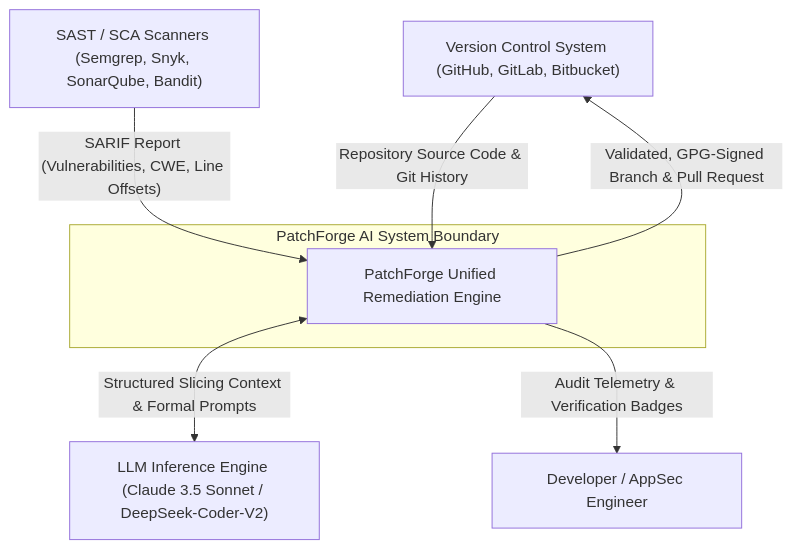
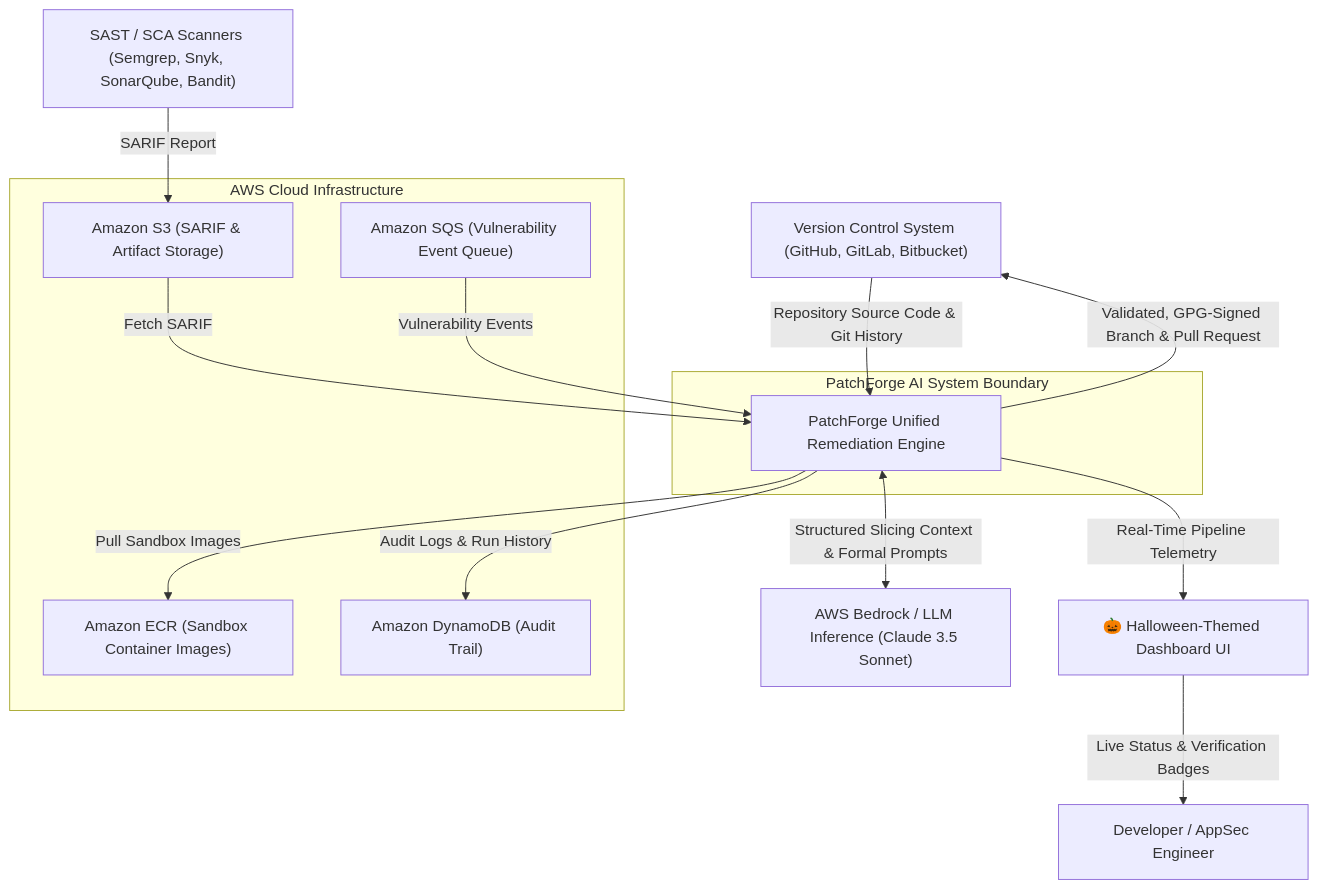
One commit to abhisheksharma56692-stack/PatchForge-AI changed the first of 5 diagrams in ARCHITECTURE.md. Above: the diagram before and after it, drawn with Mermaid. The commit also changed other lines of this file and 4 other files, not shown here.

````diff
--- a/ARCHITECTURE.md
+++ b/ARCHITECTURE.md
@@ -32,17 +34,30 @@
 ```mermaid
 flowchart TD
     UserDev["Developer / AppSec Engineer"]
     VCS["Version Control System (GitHub, GitLab, Bitbucket)"]
     Scanner["SAST / SCA Scanners (Semgrep, Snyk, SonarQube, Bandit)"]
-    LLMCluster["LLM Inference Engine (Claude 3.5 Sonnet / DeepSeek-Coder-V2)"]
+    LLMCluster["AWS Bedrock / LLM Inference (Claude 3.5 Sonnet)"]
+    Dashboard["🎃 Halloween-Themed Dashboard UI"]
     
+    subgraph AWS["AWS Cloud Infrastructure"]
+        S3["Amazon S3 (SARIF & Artifact Storage)"]
+        SQS["Amazon SQS (Vulnerability Event Queue)"]
+        ECR["Amazon ECR (Sandbox Container Images)"]
+        DDB["Amazon DynamoDB (Audit Trail)"]
+    end
+
     subgraph PFUE["PatchForge AI System Boundary"]
         CoreEngine["PatchForge Unified Remediation Engine"]
     end
 
-    Scanner -->|"SARIF Report (Vulnerabilities, CWE, Line Offsets)"| CoreEngine
+    Scanner -->|"SARIF Report"| S3
+    S3 -->|"Fetch SARIF"| CoreEngine
+    SQS -->|"Vulnerability Events"| CoreEngine
     VCS -->|"Repository Source Code & Git History"| CoreEngine
     CoreEngine <-->|"Structured Slicing Context & Formal Prompts"| LLMCluster
+    CoreEngine -->|"Pull Sandbox Images"| ECR
     CoreEngine -->|"Validated, GPG-Signed Branch & Pull Request"| VCS
-    CoreEngine -->|"Audit Telemetry & Verification Badges"| UserDev
+    CoreEngine -->|"Audit Logs & Run History"| DDB
+    CoreEngine -->|"Real-Time Pipeline Telemetry"| Dashboard
+    Dashboard -->|"Live Status & Verification Badges"| UserDev
 ```
````
